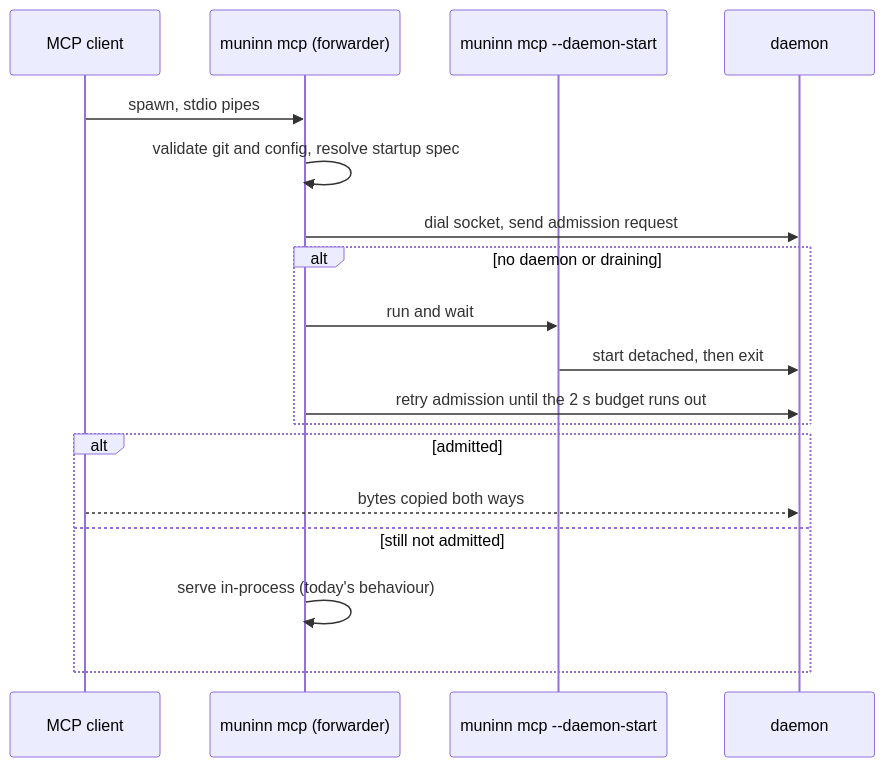
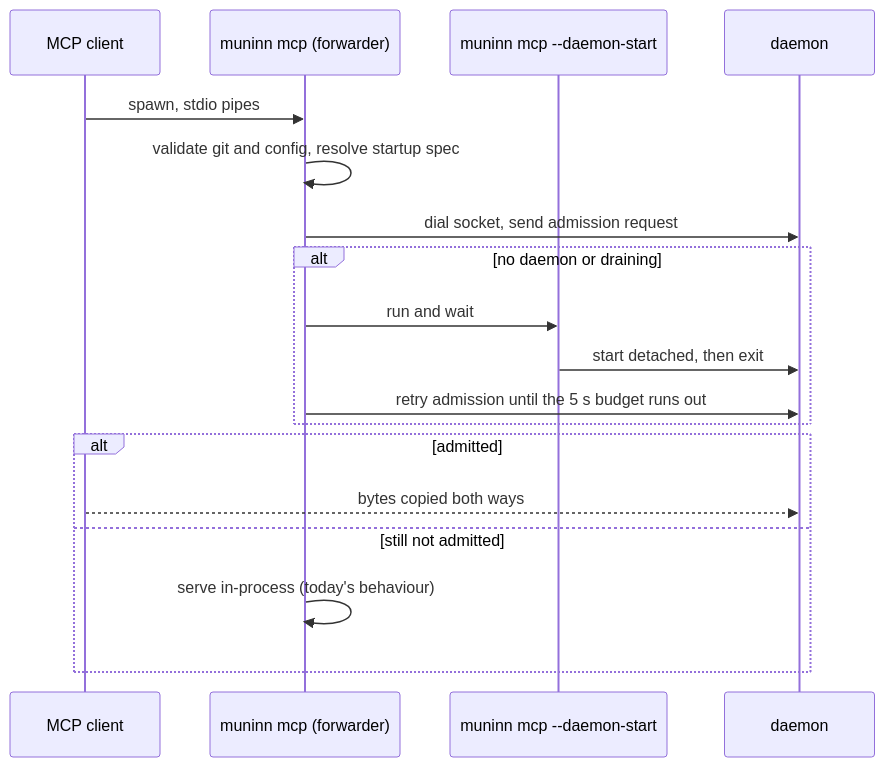
Before and after one commit to Broderick-Westrope/muninn: the diagram in plans/design-2026-10-20-shared-mcp-daemon.md, drawn with Mermaid. The commit also changed other lines of this file, not shown here.

````diff
--- a/plans/design-2026-10-20-shared-mcp-daemon.md
+++ b/plans/design-2026-10-20-shared-mcp-daemon.md
@@ -114,20 +114,20 @@
 ```mermaid
 sequenceDiagram
     participant C as MCP client
     participant F as muninn mcp (forwarder)
     participant S as muninn mcp --daemon-start
     participant D as daemon
     C->>F: spawn, stdio pipes
     F->>F: validate git and config, resolve startup spec
     F->>D: dial socket, send admission request
     alt no daemon or draining
         F->>S: run and wait
         S->>D: start detached, then exit
-        F->>D: retry admission until the 2 s budget runs out
+        F->>D: retry admission until the 5 s budget runs out
     end
     alt admitted
         C-->>D: bytes copied both ways
     else still not admitted
         F->>F: serve in-process (today's behaviour)
     end
 ```
````
